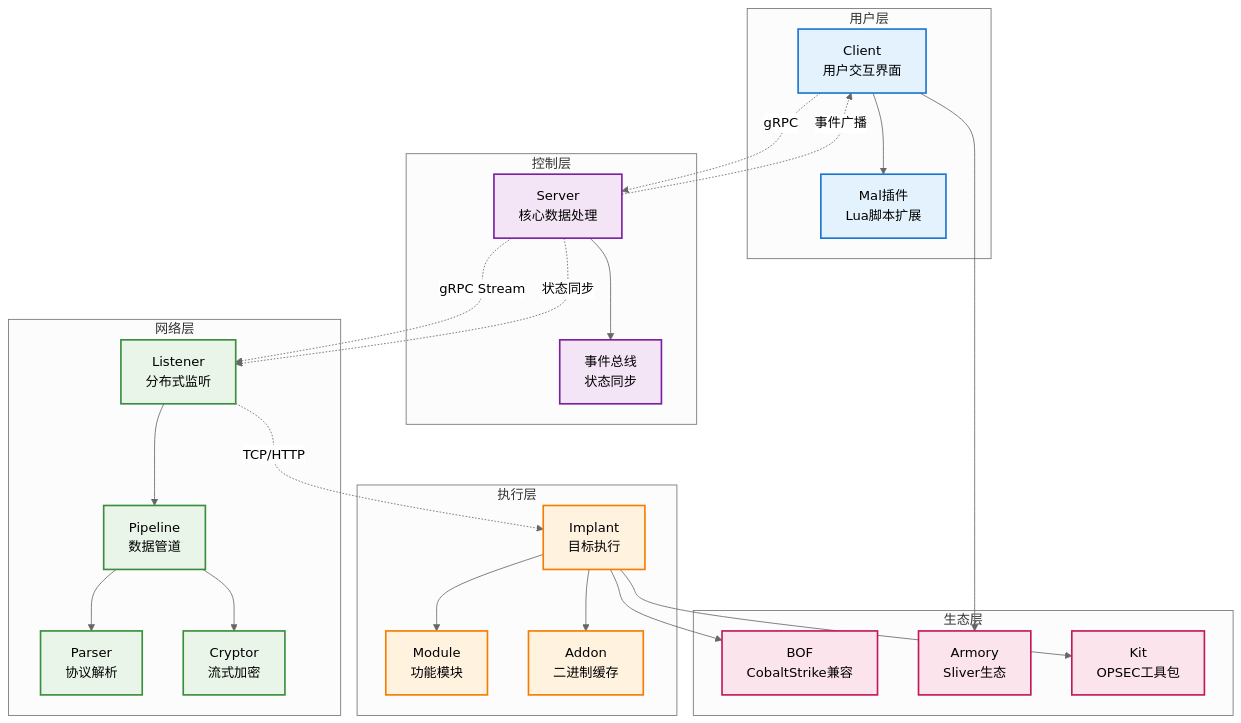
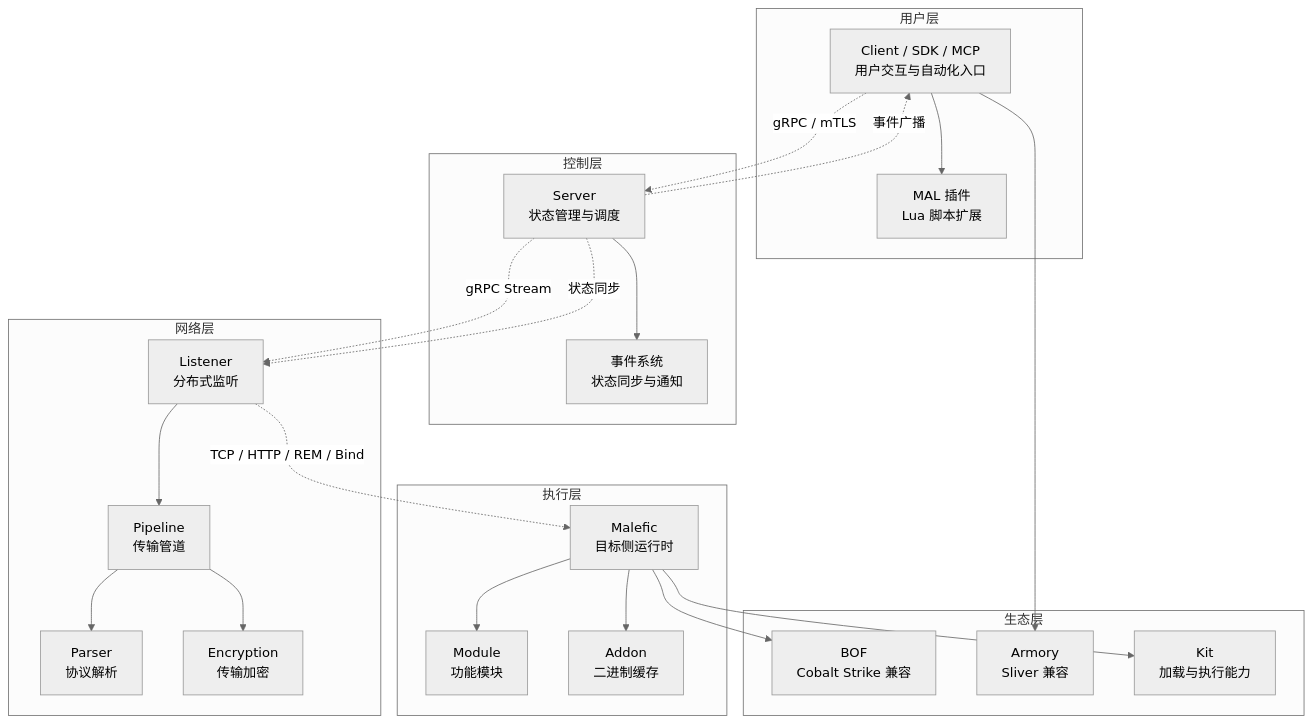
The first of 4 diagrams in docs/concept.md (H1d3r/malice-network), drawn with Mermaid (neutral theme) before and after one commit. The commit also changed other lines of this file and 81 other files, not shown here.

````diff
--- a/docs/concept.md
+++ b/docs/concept.md
@@ -32,66 +32,50 @@
 ```mermaid
 graph TB
     subgraph "用户层"
-        Client["Client<br/>用户交互界面"]
-        Mal["Mal插件<br/>Lua脚本扩展"]
+        Client["Client / SDK / MCP<br/>用户交互与自动化入口"]
+        Mals["MAL 插件<br/>Lua 脚本扩展"]
     end
-    
+
     subgraph "控制层"
-        Server["Server<br/>核心数据处理"]
-        EventBus["事件总线<br/>状态同步"]
+        Server["Server<br/>状态管理与调度"]
+        EventBus["事件系统<br/>状态同步与通知"]
     end
-    
+
     subgraph "网络层"
         Listener["Listener<br/>分布式监听"]
-        Pipeline["Pipeline<br/>数据管道"]
+        Pipeline["Pipeline<br/>传输管道"]
         Parser["Parser<br/>协议解析"]
-        Cryptor["Cryptor<br/>流式加密"]
+        Encryption["Encryption<br/>传输加密"]
     end
-    
+
     subgraph "执行层"
-        Implant["Implant<br/>目标执行"]
+        Implant["Malefic<br/>目标侧运行时"]
         Module["Module<br/>功能模块"]
         Addon["Addon<br/>二进制缓存"]
     end
-    
+
     subgraph "生态层"
-        BOF["BOF<br/>CobaltStrike兼容"]
-        Armory["Armory<br/>Sliver生态"]
-        Kit["Kit<br/>OPSEC工具包"]
+        BOF["BOF<br/>Cobalt Strike 兼容"]
+        Armory["Armory<br/>Sliver 兼容"]
+        Kit["Kit<br/>加载与执行能力"]
     end
-    
-    %% 核心通信流
-    Client -.->|gRPC| Server
-    Server -.->|gRPC Stream| Listener
-    Listener -.->|TCP/HTTP| Implant
-    
-    %% 内部关联
+
+    Client -.->|"gRPC / mTLS"| Server
+    Server -.->|"gRPC Stream"| Listener
+    Listener -.->|"TCP / HTTP / REM / Bind"| Implant
+
     Server --> EventBus
     Listener --> Pipeline
     Pipeline --> Parser
-    Pipeline --> Cryptor
+    Pipeline --> Encryption
     Implant --> Module
     Implant --> Addon
-    
-    %% 插件扩展
-    Client --> Mal
+
+    Client --> Mals
     Implant --> BOF
     Client --> Armory
     Implant --> Kit
-    
-    %% 状态同步
-    Server -.->|事件广播| Client
-    Server -.->|状态同步| Listener
-    
-    classDef clientStyle fill:#e3f2fd,stroke:#1976d2,stroke-width:2px
-    classDef serverStyle fill:#f3e5f5,stroke:#7b1fa2,stroke-width:2px
-    classDef networkStyle fill:#e8f5e8,stroke:#388e3c,stroke-width:2px
-    classDef implantStyle fill:#fff3e0,stroke:#f57c00,stroke-width:2px
-    classDef ecosystemStyle fill:#fce4ec,stroke:#c2185b,stroke-width:2px
-    
-    class Client,Mal clientStyle
-    class Server,EventBus serverStyle
-    class Listener,Pipeline,Parser,Cryptor networkStyle
-    class Implant,Module,Addon implantStyle
-    class BOF,Armory,Kit ecosystemStyle
+
+    Server -.->|"事件广播"| Client
+    Server -.->|"状态同步"| Listener
 ```
````
